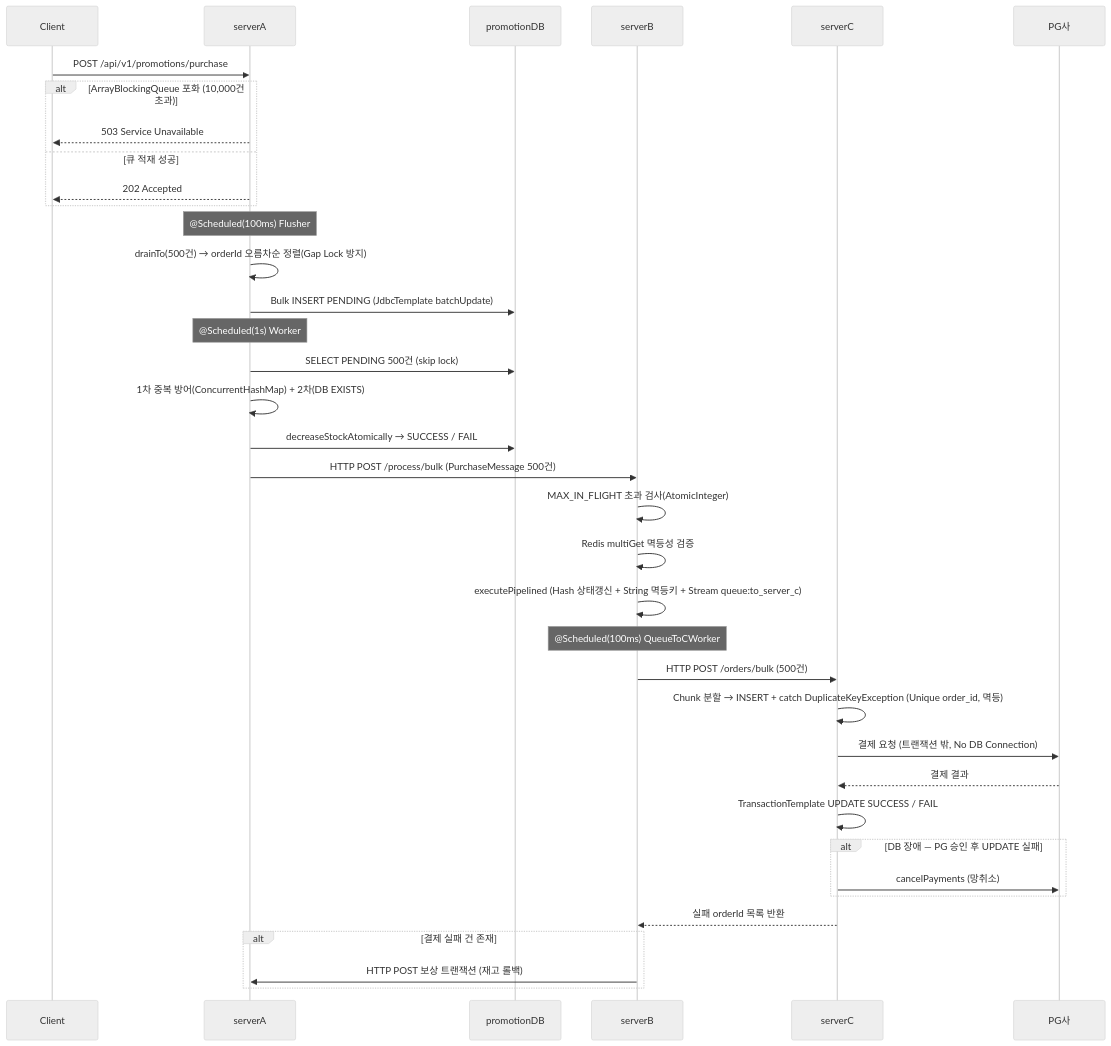
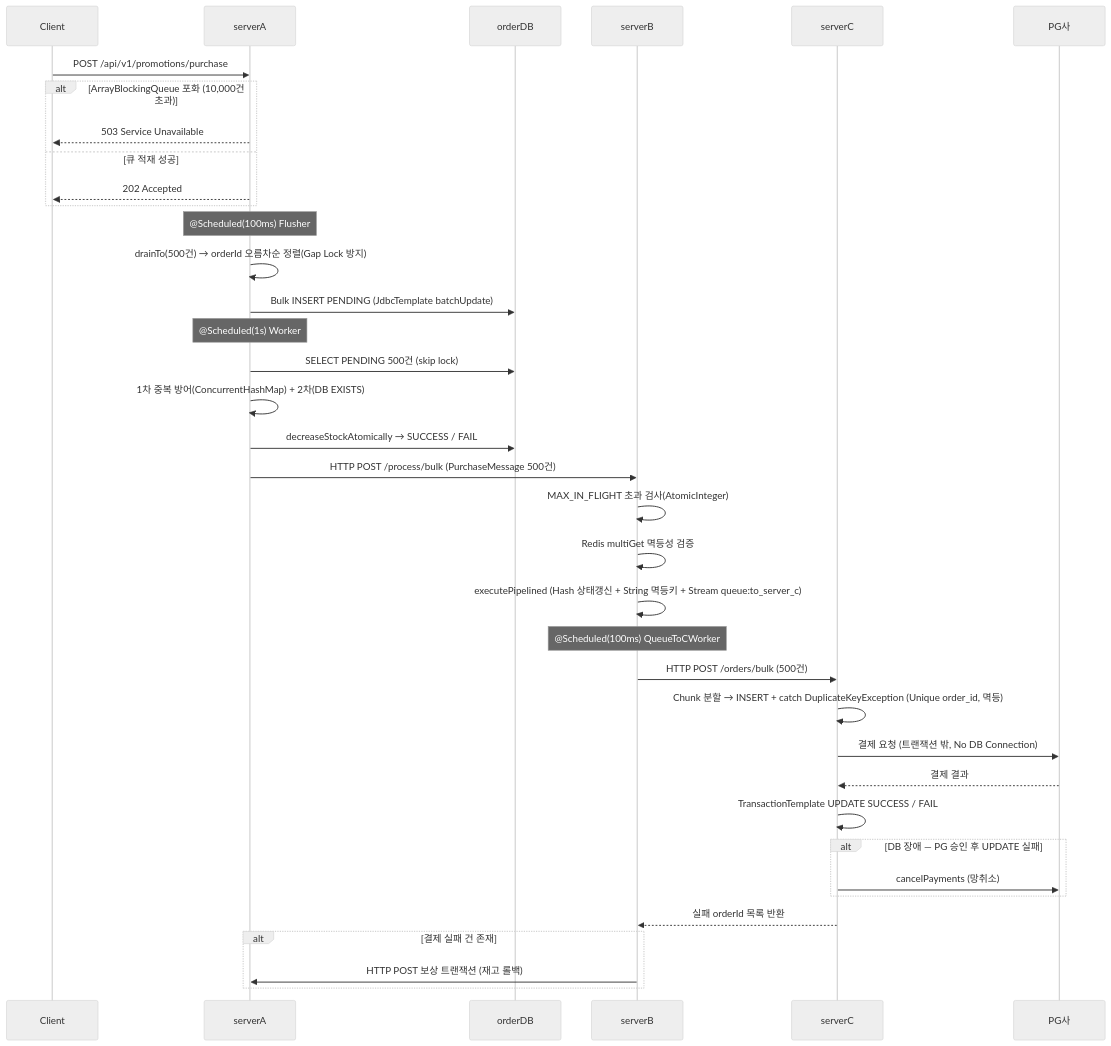
One commit to michi2012/goods-promotion-project changed the first of 3 diagrams in README.md. Above: the diagram before and after it, drawn with Mermaid (neutral theme). The commit also changed other lines of this file and 8 other files, not shown here.

First line of the commit message:
chore: server-a DB 이름 promotion → order 변경

````diff
--- a/README.md
+++ b/README.md
@@ -90,45 +89,45 @@
 ```mermaid
 sequenceDiagram
     participant C as Client
     participant A as serverA
-    participant DB_A as promotionDB
+    participant DB_A as orderDB
     participant B as serverB
     participant SC as serverC
     participant PG as PG사
 
     C->>A: POST /api/v1/promotions/purchase
     alt ArrayBlockingQueue 포화 (10,000건 초과)
         A-->>C: 503 Service Unavailable
     else 큐 적재 성공
         A-->>C: 202 Accepted
     end
 
     Note over A: @Scheduled(100ms) Flusher
     A->>A: drainTo(500건) → orderId 오름차순 정렬(Gap Lock 방지)
     A->>DB_A: Bulk INSERT PENDING (JdbcTemplate batchUpdate)
 
     Note over A: @Scheduled(1s) Worker
     A->>DB_A: SELECT PENDING 500건 (skip lock)
     A->>A: 1차 중복 방어(ConcurrentHashMap) + 2차(DB EXISTS)
     A->>DB_A: decreaseStockAtomically → SUCCESS / FAIL
     A->>B: HTTP POST /process/bulk (PurchaseMessage 500건)
 
     B->>B: MAX_IN_FLIGHT 초과 검사(AtomicInteger)
     B->>B: Redis multiGet 멱등성 검증
     B->>B: executePipelined (Hash 상태갱신 + String 멱등키 + Stream queue:to_server_c)
 
     Note over B: @Scheduled(100ms) QueueToCWorker
     B->>SC: HTTP POST /orders/bulk (500건)
     SC->>SC: Chunk 분할 → INSERT + catch DuplicateKeyException (Unique order_id, 멱등)
     SC->>PG: 결제 요청 (트랜잭션 밖, No DB Connection)
     PG-->>SC: 결제 결과
     SC->>SC: TransactionTemplate UPDATE SUCCESS / FAIL
     alt DB 장애 — PG 승인 후 UPDATE 실패
         SC->>PG: cancelPayments (망취소)
     end
     SC-->>B: 실패 orderId 목록 반환
 
     alt 결제 실패 건 존재
         B->>A: HTTP POST 보상 트랜잭션 (재고 롤백)
     end
 ```
````
